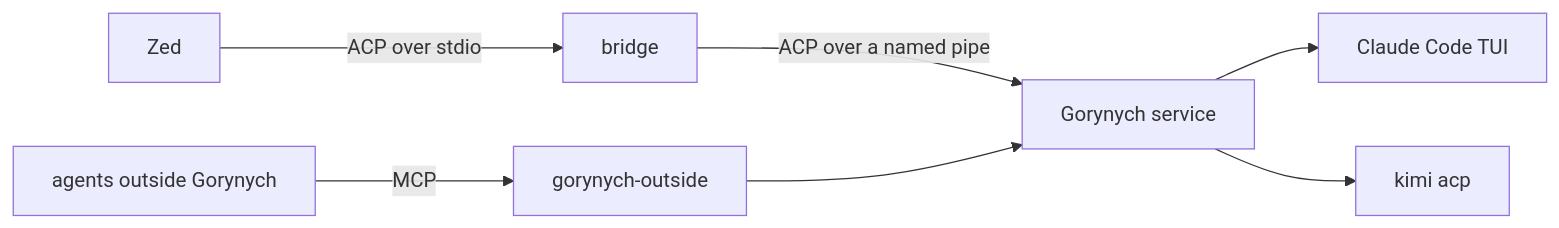
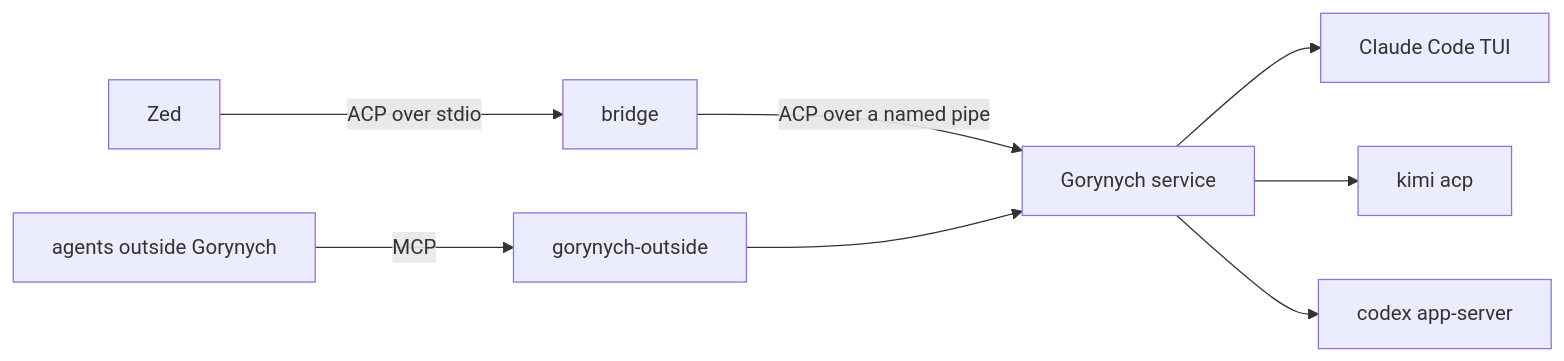
Before and after one commit to Phoenix-/gorynych: the diagram in README.md, drawn with Mermaid. The commit also changed other lines of this file and 1 other file, not shown here.

Commit message:
Mark Codex done and the Zed fork public in the README and design doc

````diff
--- a/README.md
+++ b/README.md
@@ -27,8 +28,9 @@
 ```mermaid
 flowchart LR
   zed[Zed] -- ACP over stdio --> bridge[bridge]
   bridge -- ACP over a named pipe --> svc[Gorynych service]
   svc --> claude[Claude Code TUI]
   svc --> kimi[kimi acp]
+  svc --> codex[codex app-server]
   outside[agents outside Gorynych] -- MCP --> shim[gorynych-outside] --> svc
 ```
````
